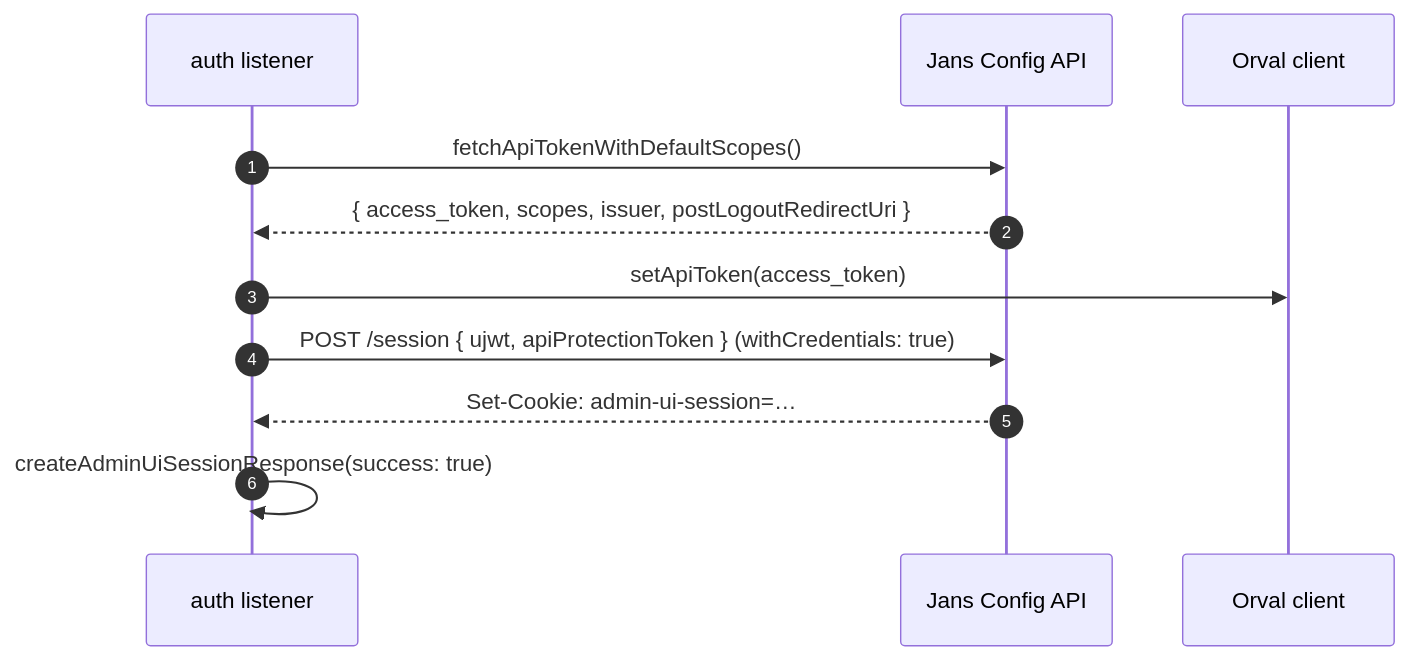
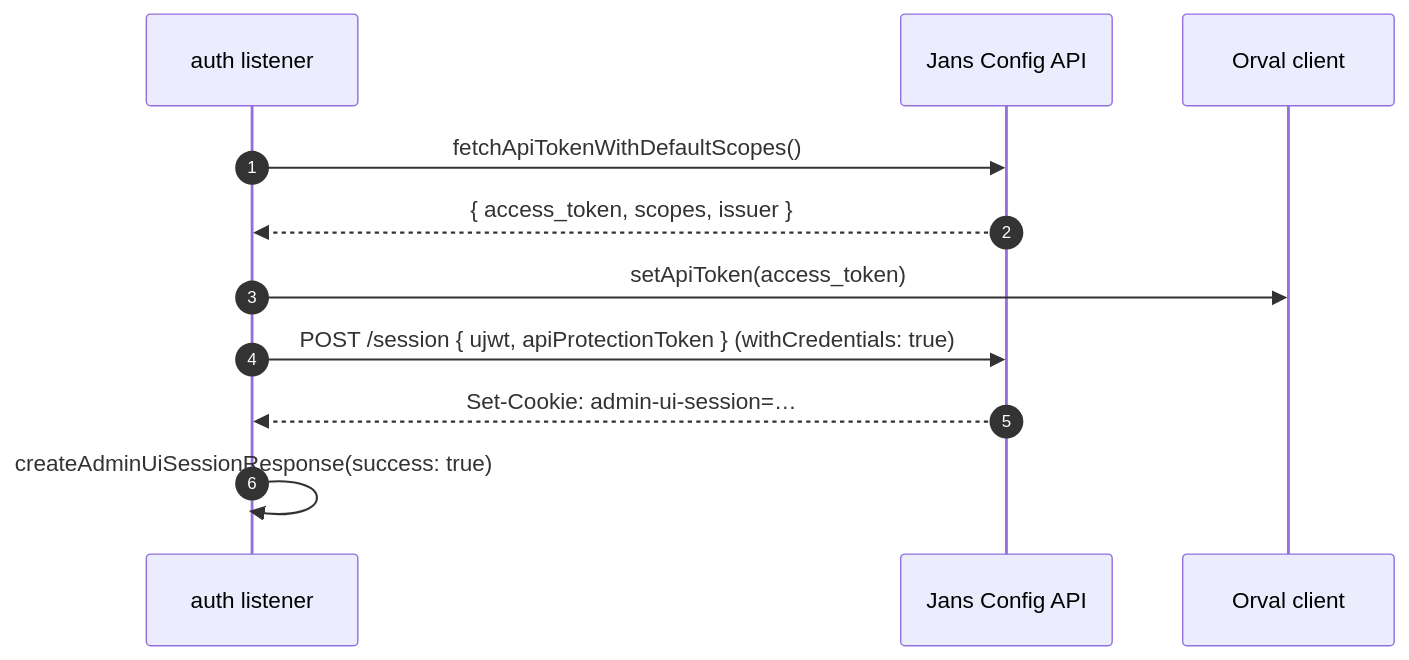
One commit to GluuFederation/flex changed the second of 3 diagrams in admin-ui/docs/auth.md. Above: the diagram before and after it, drawn with Mermaid. The commit also changed other lines of this file and 168 other files, not shown here.

````diff
--- a/admin-ui/docs/auth.md
+++ b/admin-ui/docs/auth.md
@@ -69,14 +69,14 @@
 ```mermaid
 sequenceDiagram
     autonumber
     participant Listener as auth listener
     participant API as Jans Config API
     participant Orval as Orval client
 
     Listener->>API: fetchApiTokenWithDefaultScopes()
-    API-->>Listener: { access_token, scopes, issuer, postLogoutRedirectUri }
+    API-->>Listener: { access_token, scopes, issuer }
     Listener->>Orval: setApiToken(access_token)
     Listener->>API: POST /session { ujwt, apiProtectionToken } (withCredentials: true)
     API-->>Listener: Set-Cookie: admin-ui-session=…
     Listener->>Listener: createAdminUiSessionResponse(success: true)
 ```
````
